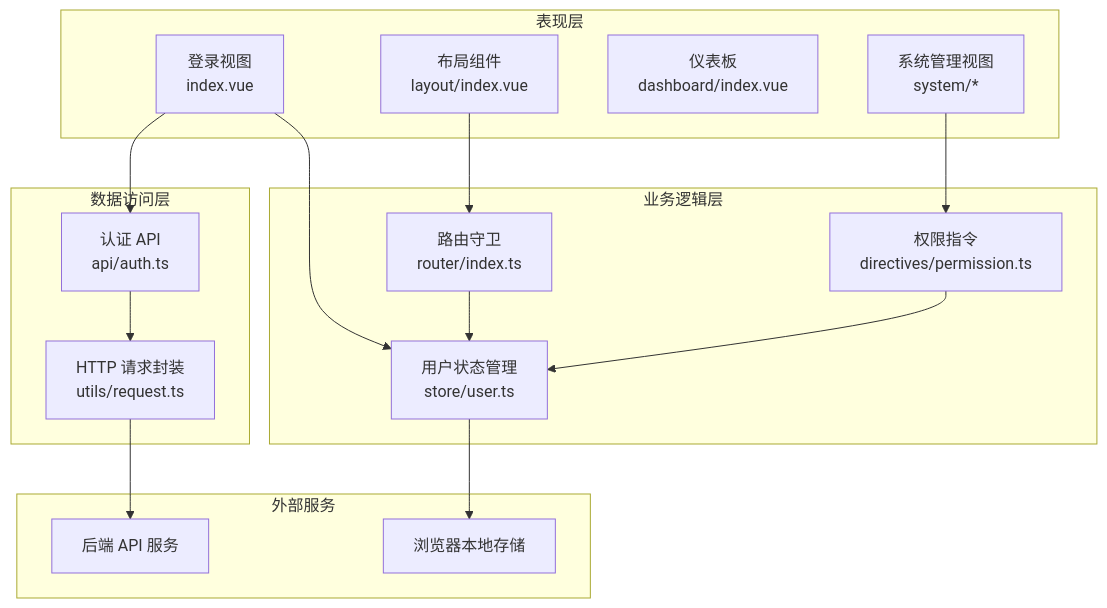
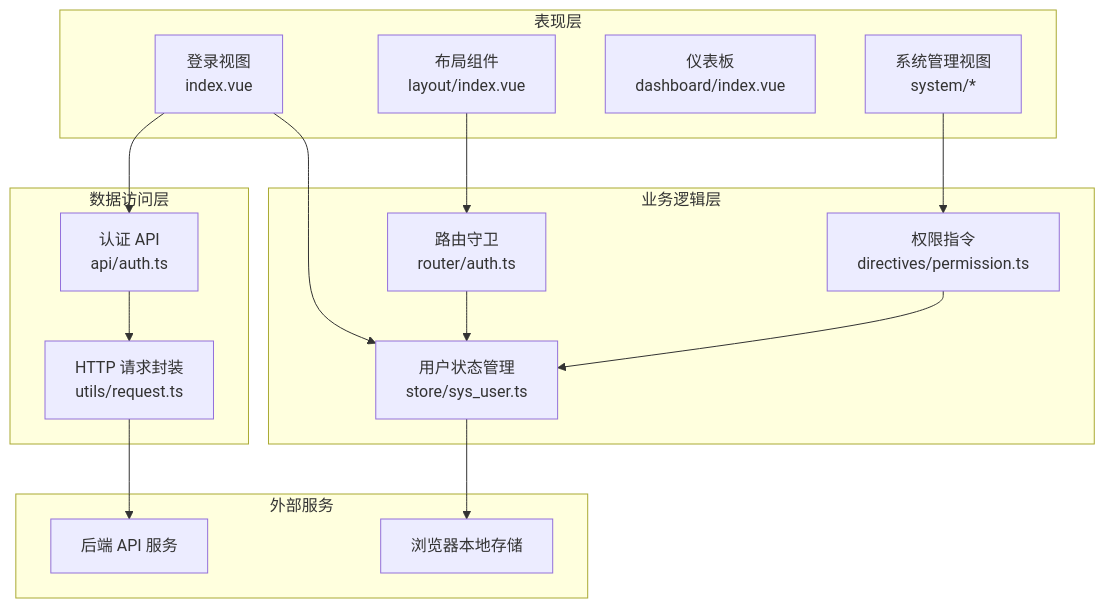
One commit to qiseyun/vue-ts-admin changed the second of 11 diagrams in .qoder/repowiki/zh/content/核心功能模块/用户认证系统.md. Above: the diagram before and after it, drawn with Mermaid. The commit also changed other lines of this file and 42 other files, not shown here.

````diff
--- a/.qoder/repowiki/zh/content/核心功能模块/用户认证系统.md
+++ b/.qoder/repowiki/zh/content/核心功能模块/用户认证系统.md
@@ -117,31 +117,31 @@
 ```mermaid
 graph TB
 subgraph "表现层"
 LoginView["登录视图<br/>index.vue"]
 Layout["布局组件<br/>layout/index.vue"]
 Dashboard["仪表板<br/>dashboard/index.vue"]
 SystemViews["系统管理视图<br/>system/*"]
 end
 subgraph "业务逻辑层"
-UserStore["用户状态管理<br/>store/user.ts"]
+UserStore["用户状态管理<br/>store/sys_user.ts"]
 PermissionDirective["权限指令<br/>directives/permission.ts"]
-RouterGuard["路由守卫<br/>router/index.ts"]
+RouterGuard["路由守卫<br/>router/auth.ts"]
 end
 subgraph "数据访问层"
 AuthAPI["认证 API<br/>api/auth.ts"]
 RequestUtil["HTTP 请求封装<br/>utils/request.ts"]
 end
 subgraph "外部服务"
 BackendAPI["后端 API 服务"]
 LocalStorage["浏览器本地存储"]
 end
 LoginView --> UserStore
 LoginView --> AuthAPI
 AuthAPI --> RequestUtil
 RequestUtil --> BackendAPI
 UserStore --> LocalStorage
 RouterGuard --> UserStore
 PermissionDirective --> UserStore
 Layout --> RouterGuard
 SystemViews --> PermissionDirective
 ```
````
